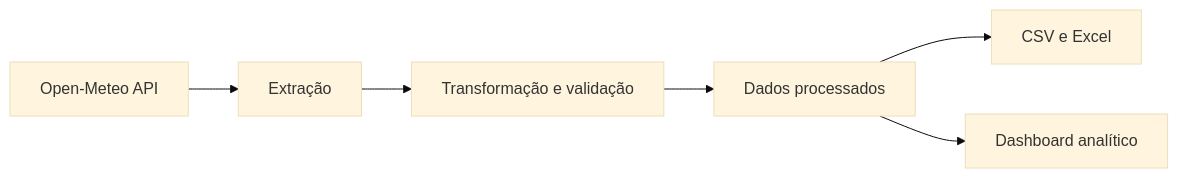
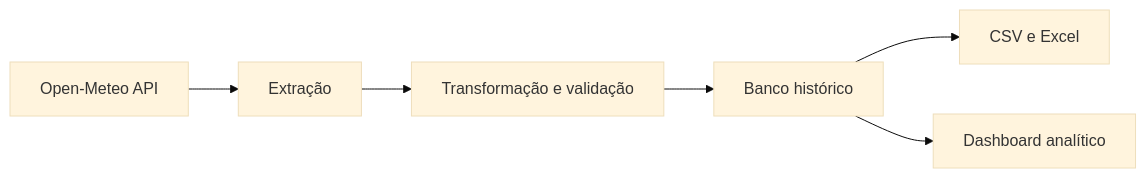
Before and after one commit to MatheusAlmeidaSiqueira/data-automation: the diagram in README.md, drawn with Mermaid (base theme). The commit also changed other lines of this file and 2 other files, not shown here.

````diff
--- a/README.md
+++ b/README.md
@@ -54,8 +62,8 @@
 ```mermaid
 flowchart LR
     API["Open-Meteo API"] --> EXTRACT["Extração"]
     EXTRACT --> TRANSFORM["Transformação e validação"]
-    TRANSFORM --> DATA["Dados processados"]
-    DATA --> REPORTS["CSV e Excel"]
-    DATA --> DASHBOARD["Dashboard analítico"]
+    TRANSFORM --> DATABASE["Banco histórico"]
+    DATABASE --> REPORTS["CSV e Excel"]
+    DATABASE --> DASHBOARD["Dashboard analítico"]
 ```
````
